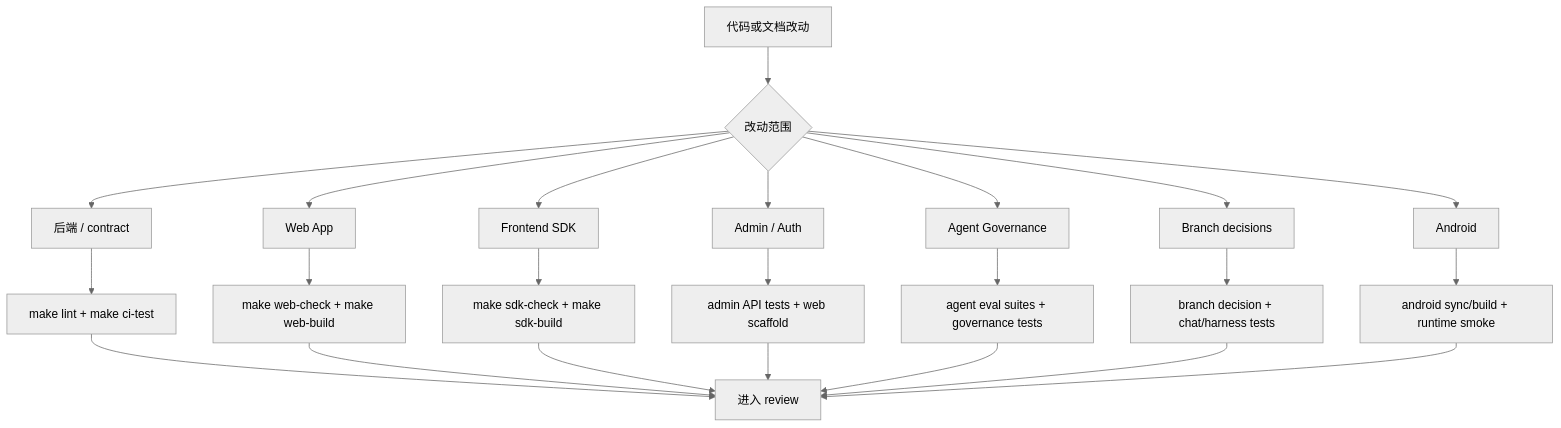
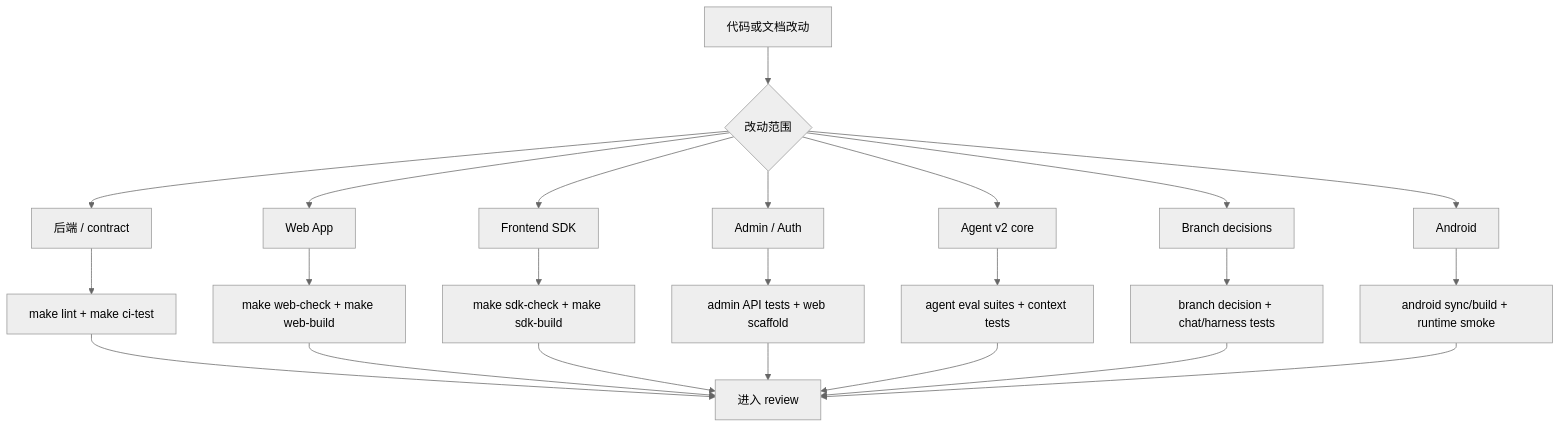
The diagram in docs/development.zh-CN.md (William-zgx/focus-agent), drawn with Mermaid (neutral theme) before and after one commit. The commit also changed other lines of this file and 141 other files, not shown here.

````diff
--- a/docs/development.zh-CN.md
+++ b/docs/development.zh-CN.md
@@ -14,25 +14,25 @@
 ```mermaid
 flowchart TD
     Change["代码或文档改动"] --> Scope{"改动范围"}
     Scope --> Backend["后端 / contract"]
     Scope --> Web["Web App"]
     Scope --> SDK["Frontend SDK"]
     Scope --> Admin["Admin / Auth"]
-    Scope --> Agent["Agent Governance"]
+    Scope --> Agent["Agent v2 core"]
     Scope --> Branch["Branch decisions"]
     Scope --> Mobile["Android"]
     Backend --> CI["make lint + make ci-test"]
     Web --> WebChecks["make web-check + make web-build"]
     SDK --> SDKChecks["make sdk-check + make sdk-build"]
     Admin --> AdminChecks["admin API tests + web scaffold"]
-    Agent --> Eval["agent eval suites + governance tests"]
+    Agent --> Eval["agent eval suites + context tests"]
     Branch --> BranchChecks["branch decision + chat/harness tests"]
     Mobile --> AndroidChecks["android sync/build + runtime smoke"]
     CI --> Done["进入 review"]
     WebChecks --> Done
     SDKChecks --> Done
     AdminChecks --> Done
     Eval --> Done
     BranchChecks --> Done
     AndroidChecks --> Done
 ```
````
